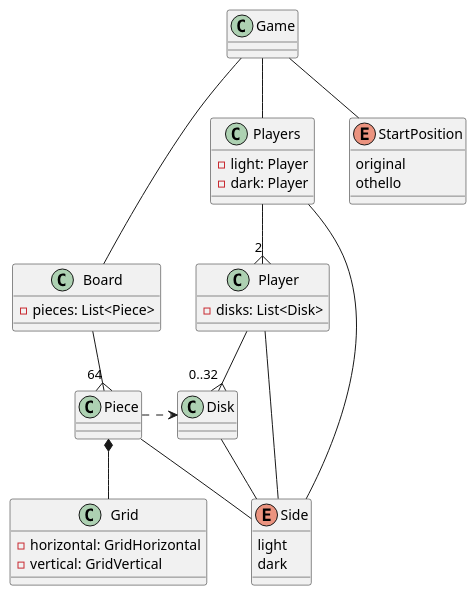
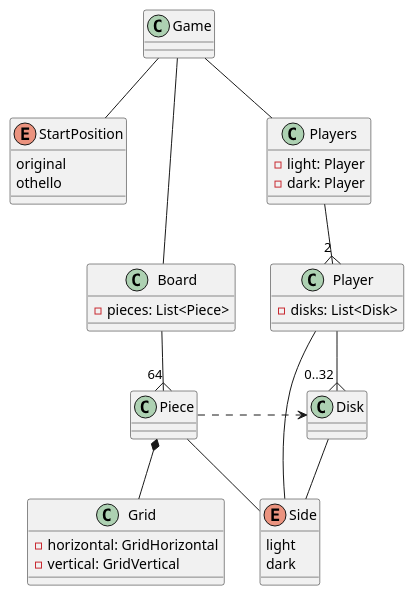
Before and after one commit to t-sone/reversi: the diagram in plantuml/class/game/game.plantuml, drawn with PlantUML.

Commit message:
PlayersのSideはこのIssueに関係ないので削除 #10

```diff
--- a/plantuml/class/game/game.plantuml
+++ b/plantuml/class/game/game.plantuml
@@ -1,50 +1,49 @@
 @startuml
 
 class Game
 Game -- StartPosition
 Game -- Players
 Game -- Board
 
 enum StartPosition {
   original
   othello
 }
 
 class Players {
   - light: Player
   - dark: Player
 }
-Players -- Side
 Players --{ "2" Player
 
 class Player {
   - disks: List<Disk>
 }
 Player -- Side
 Player --{ "0..32" Disk
 
 enum Side {
   light
   dark
 }
 
 class Disk
 Disk -- Side
 
 class Board {
   - pieces: List<Piece>
 }
 Board --{ "64" Piece
 
 class Grid {
   - horizontal: GridHorizontal
   - vertical: GridVertical
 }
 
 class Piece {
 }
 Piece *-- Grid
 Piece -- Side
 Piece .> Disk
 
 @enduml
```
